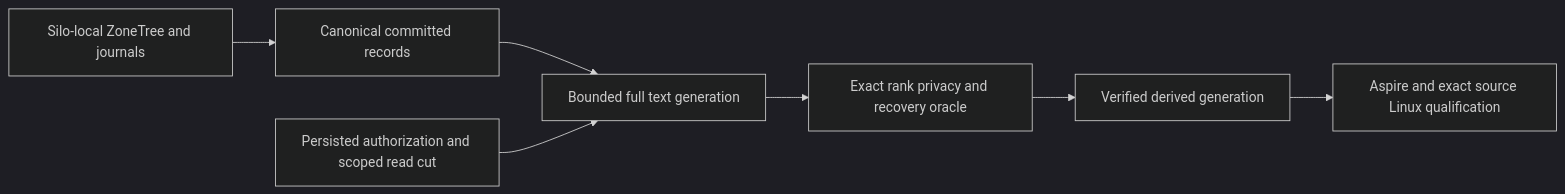
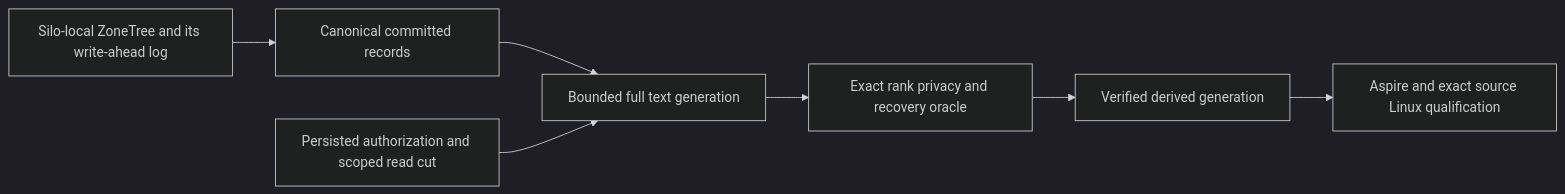
Before and after one commit to managedcode/KeyLoad: the diagram in docs/ADR/ADR-071-canonical-zonetree-providers.md, drawn with Mermaid (dark theme). The commit also changed other lines of this file and 1072 other files, not shown here.

First line of the commit message:
Use native ZoneTree storage, snapshots and backup operations

````diff
--- a/docs/ADR/ADR-071-canonical-zonetree-providers.md
+++ b/docs/ADR/ADR-071-canonical-zonetree-providers.md
@@ -44,9 +44,9 @@
 ```mermaid
 flowchart LR
-    Owner[Silo-local ZoneTree and journals] --> Records[Canonical committed records]
+    Owner[Silo-local ZoneTree and its write-ahead log] --> Records[Canonical committed records]
     Records --> Projection[Bounded full text generation]
     Policy[Persisted authorization and scoped read cut] --> Projection
     Projection --> Verify[Exact rank privacy and recovery oracle]
     Verify --> Publish[Verified derived generation]
     Publish --> Proof[Aspire and exact source Linux qualification]
 ```
````
